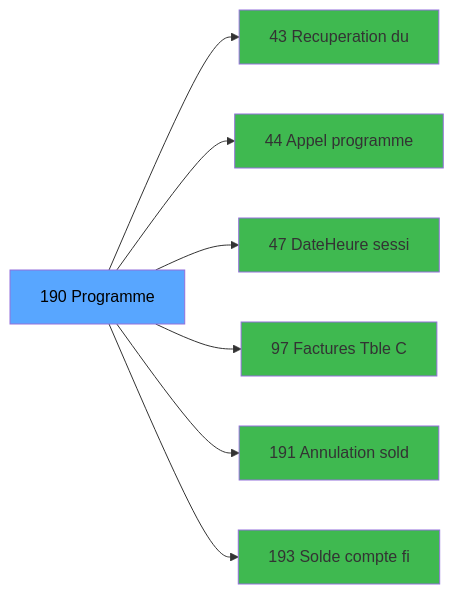
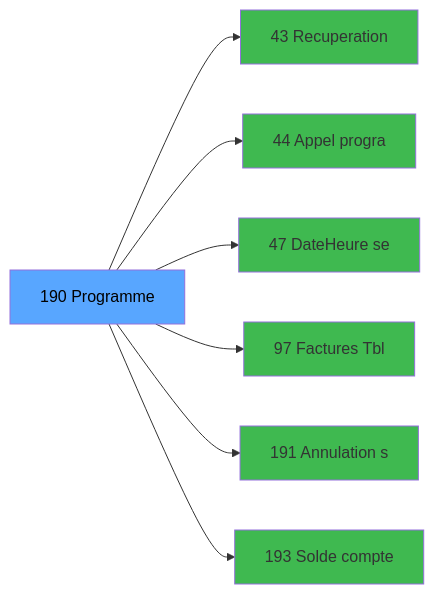
The third of 3 diagrams in .openspec/specs/ADH-IDE-190.md (thonyAGP/magic-migration), drawn with Mermaid before and after one commit. The commit also changed other lines of this file and 323 other files, not shown here.

````diff
--- a/.openspec/specs/ADH-IDE-190.md
+++ b/.openspec/specs/ADH-IDE-190.md
@@ -115,23 +144,23 @@
 ```mermaid
 graph LR
     T[190 Programme]
-    C43[43 Recuperation du]
+    C43[43 Recuperation]
     T --> C43
-    C44[44 Appel programme]
+    C44[44 Appel progra]
     T --> C44
-    C47[47 DateHeure sessi]
+    C47[47 DateHeure se]
     T --> C47
-    C97[97 Factures Tble C]
+    C97[97 Factures Tbl]
     T --> C97
-    C191[191 Annulation sold]
+    C191[191 Annulation s]
     T --> C191
-    C193[193 Solde compte fi]
+    C193[193 Solde compte]
     T --> C193
     style T fill:#58a6ff,color:#000
     style C43 fill:#3fb950
     style C44 fill:#3fb950
     style C47 fill:#3fb950
     style C97 fill:#3fb950
     style C191 fill:#3fb950
     style C193 fill:#3fb950
 ```
````
